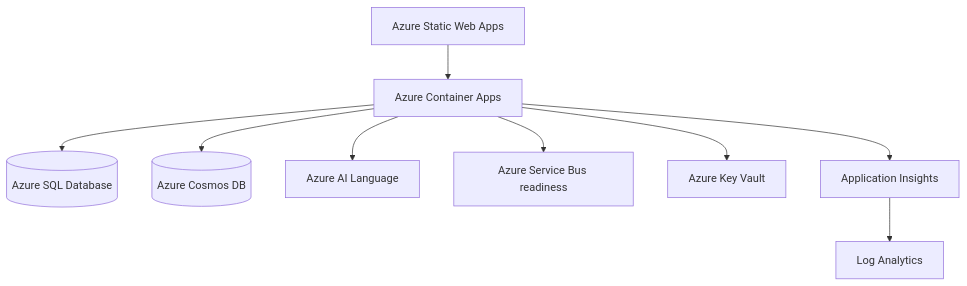
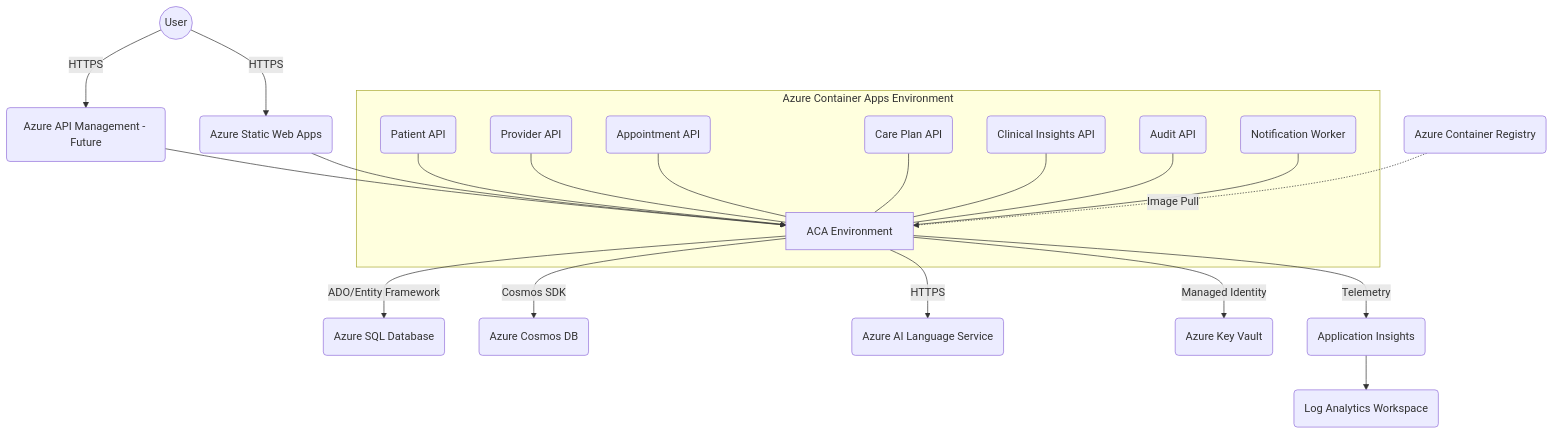
One commit to majikoushik/healthcare-care-coordination-system changed the diagram in architecture/diagrams/azure-deployment.md. Above: the diagram before and after it, drawn with Mermaid. The commit also changed other lines of this file and 34 other files, not shown here.

````diff
--- a/architecture/diagrams/azure-deployment.md
+++ b/architecture/diagrams/azure-deployment.md
@@ -3,11 +3,37 @@
 ```mermaid
-flowchart TB
-  SWA[Azure Static Web Apps] --> ACA[Azure Container Apps]
-  ACA --> AzureSql[(Azure SQL Database)]
-  ACA --> Cosmos[(Azure Cosmos DB)]
-  ACA --> Language[Azure AI Language]
-  ACA --> ServiceBus[Azure Service Bus readiness]
-  ACA --> KeyVault[Azure Key Vault]
-  ACA --> AppInsights[Application Insights]
-  AppInsights --> LogAnalytics[Log Analytics]
+graph TD
+    User((User)) -->|HTTPS| ASWA(Azure Static Web Apps)
+    User -->|HTTPS| API_Gateway(Azure API Management - Future)
+    
+    API_Gateway --> ACA_Env
+    ASWA --> ACA_Env
+    
+    subgraph "Azure Container Apps Environment"
+        ACA_Env[ACA Environment]
+        PatAPI(Patient API)
+        ProvAPI(Provider API)
+        ApptAPI(Appointment API)
+        CareAPI(Care Plan API)
+        ClinAPI(Clinical Insights API)
+        AudAPI(Audit API)
+        NotWorker(Notification Worker)
+        
+        PatAPI --- ACA_Env
+        ProvAPI --- ACA_Env
+        ApptAPI --- ACA_Env
+        CareAPI --- ACA_Env
+        ClinAPI --- ACA_Env
+        AudAPI --- ACA_Env
+        NotWorker --- ACA_Env
+    end
+    
+    ACA_Env --> |ADO/Entity Framework| SQL(Azure SQL Database)
+    ACA_Env --> |Cosmos SDK| Cosmos(Azure Cosmos DB)
+    ACA_Env --> |HTTPS| AI(Azure AI Language Service)
+    
+    ACA_Env --> |Managed Identity| KV(Azure Key Vault)
+    ACA_Env --> |Telemetry| AppInsights(Application Insights)
+    AppInsights --> LAW(Log Analytics Workspace)
+    
+    ACR(Azure Container Registry) -.->|Image Pull| ACA_Env
 ```
````
